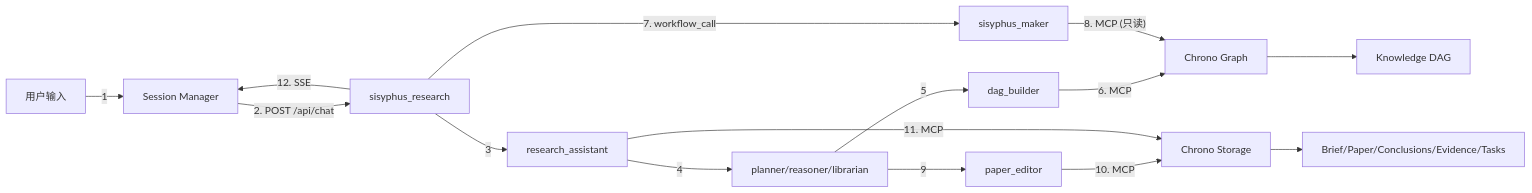
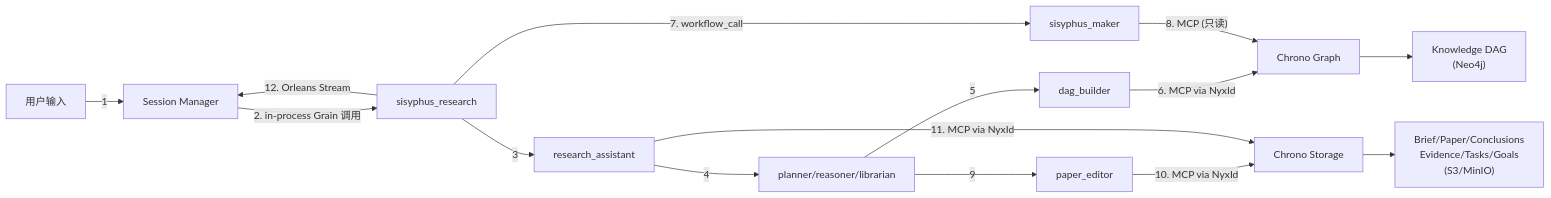
Diagram 13 of 14 in apps/sisyphus/docs/Architecture.md (aevatarAI/aevatar), drawn with Mermaid before and after one commit. The commit also changed other lines of this file, not shown here.

Commit message:
Architecture update

````diff
--- a/apps/sisyphus/docs/Architecture.md
+++ b/apps/sisyphus/docs/Architecture.md
@@ -775,18 +979,18 @@
 ```mermaid
 flowchart LR
     UI["用户输入"] -->|"1"| SM["Session Manager"]
-    SM -->|"2. POST /api/chat"| WF["sisyphus_research"]
+    SM -->|"2. in-process Grain 调用"| WF["sisyphus_research"]
     WF -->|"3"| RA["research_assistant"]
     RA -->|"4"| Workers["planner/reasoner/librarian"]
     Workers -->|"5"| DB["dag_builder"]
-    DB -->|"6. MCP"| CG["Chrono Graph"]
+    DB -->|"6. MCP via NyxId"| CG["Chrono Graph"]
     WF -->|"7. workflow_call"| MK["sisyphus_maker"]
     MK -->|"8. MCP (只读)"| CG
     Workers -->|"9"| PE["paper_editor"]
-    PE -->|"10. MCP"| CS["Chrono Storage"]
-    RA -->|"11. MCP"| CS
-    WF -->|"12. SSE"| SM
+    PE -->|"10. MCP via NyxId"| CS["Chrono Storage"]
+    RA -->|"11. MCP via NyxId"| CS
+    WF -->|"12. Orleans Stream"| SM
 
-    CG --> DAG["Knowledge DAG"]
-    CS --> DELIVERABLES["Brief/Paper/Conclusions/Evidence/Tasks"]
+    CG --> DAG["Knowledge DAG<br/>(Neo4j)"]
+    CS --> DELIVERABLES["Brief/Paper/Conclusions<br/>Evidence/Tasks/Goals<br/>(S3/MinIO)"]
 ```
````
